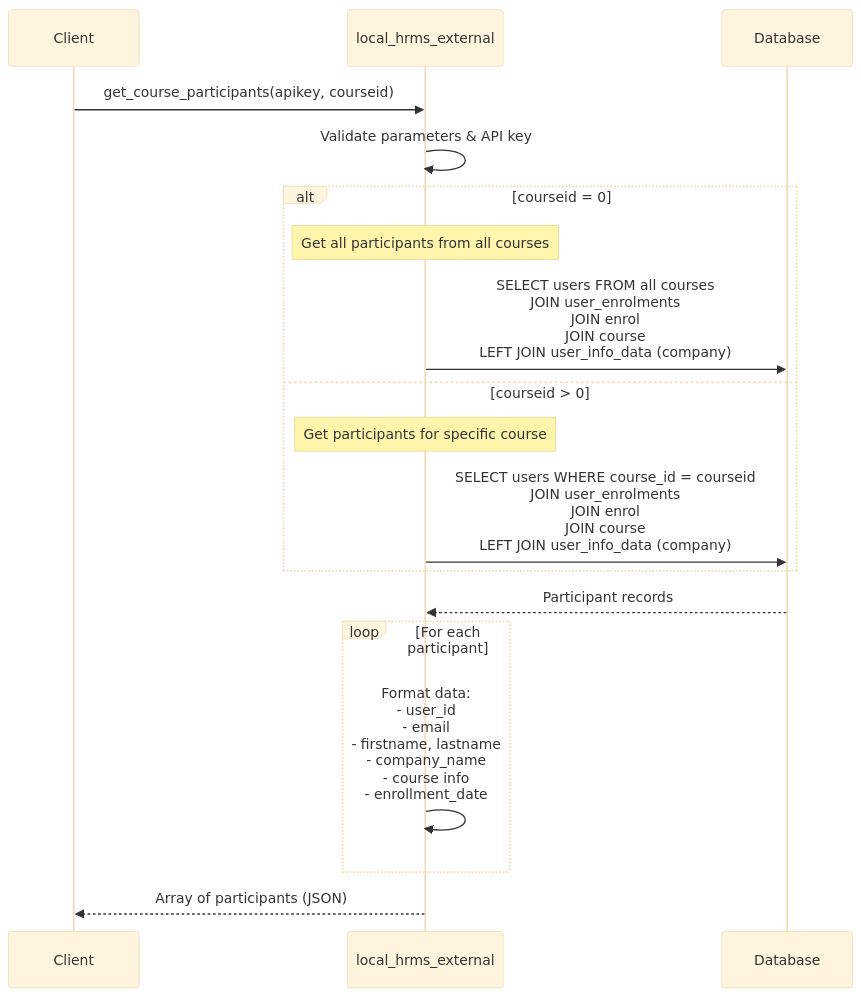
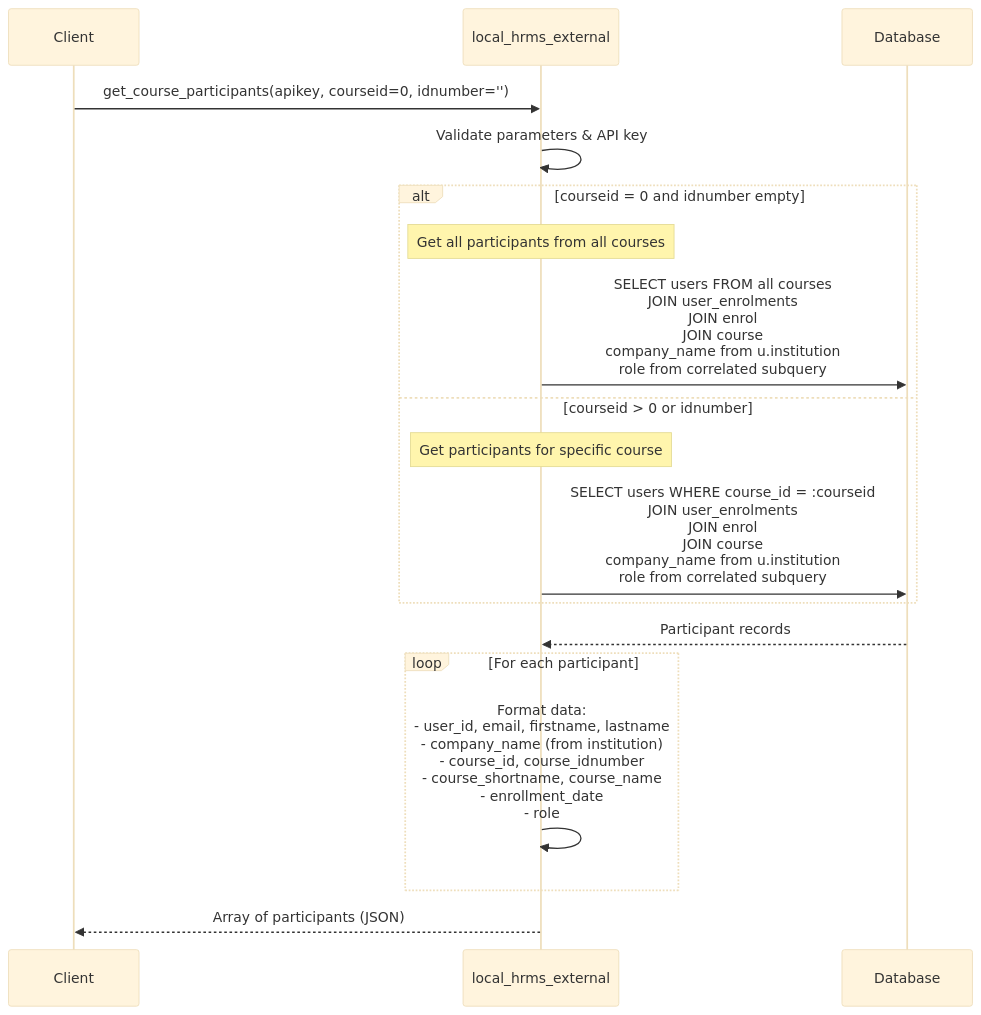
The third of 6 diagrams in DESIGN.md (toosa/moodle-hrms), drawn with Mermaid (base theme) before and after one commit. The commit also changed other lines of this file and 1 other file, not shown here.

First line of the commit message:
Refactor and expand sequence diagrams in DIAGRAMS.md

````diff
--- a/DESIGN.md
+++ b/DESIGN.md
@@ -384,26 +422,26 @@
 ```mermaid
 sequenceDiagram
     participant Client
     participant API as local_hrms_external
     participant DB as Database
     
-    Client->>API: get_course_participants(apikey, courseid)
+    Client->>API: get_course_participants(apikey, courseid=0, idnumber='')
     
     API->>API: Validate parameters & API key
     
-    alt courseid = 0
+    alt courseid = 0 and idnumber empty
         Note over API: Get all participants from all courses
-        API->>DB: SELECT users FROM all courses<br/>JOIN user_enrolments<br/>JOIN enrol<br/>JOIN course<br/>LEFT JOIN user_info_data (company)
-    else courseid > 0
+        API->>DB: SELECT users FROM all courses<br/>JOIN user_enrolments<br/>JOIN enrol<br/>JOIN course<br/>company_name from u.institution<br/>role from correlated subquery
+    else courseid > 0 or idnumber
         Note over API: Get participants for specific course
-        API->>DB: SELECT users WHERE course_id = courseid<br/>JOIN user_enrolments<br/>JOIN enrol<br/>JOIN course<br/>LEFT JOIN user_info_data (company)
+        API->>DB: SELECT users WHERE course_id = :courseid<br/>JOIN user_enrolments<br/>JOIN enrol<br/>JOIN course<br/>company_name from u.institution<br/>role from correlated subquery
     end
     
     DB-->>API: Participant records
     
     loop For each participant
-        API->>API: Format data:<br/>- user_id<br/>- email<br/>- firstname, lastname<br/>- company_name<br/>- course info<br/>- enrollment_date
+        API->>API: Format data:<br/>- user_id, email, firstname, lastname<br/>- company_name (from institution)<br/>- course_id, course_idnumber<br/>- course_shortname, course_name<br/>- enrollment_date<br/>- role
     end
     
     API-->>Client: Array of participants (JSON)
 ```
````
